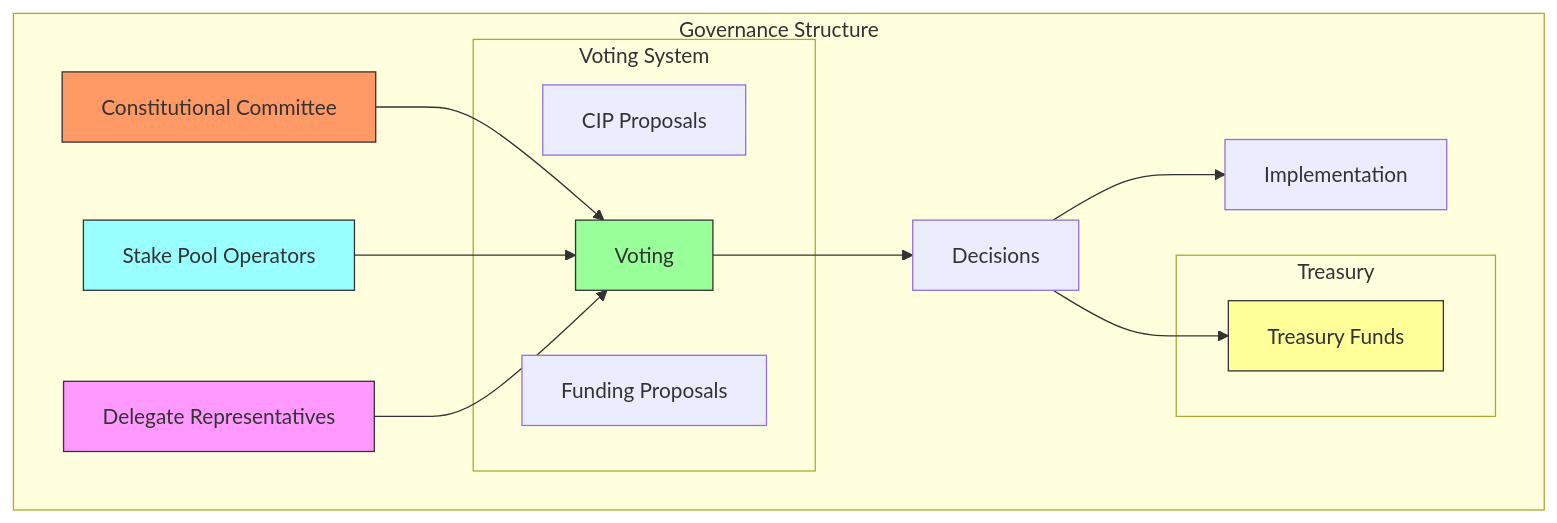
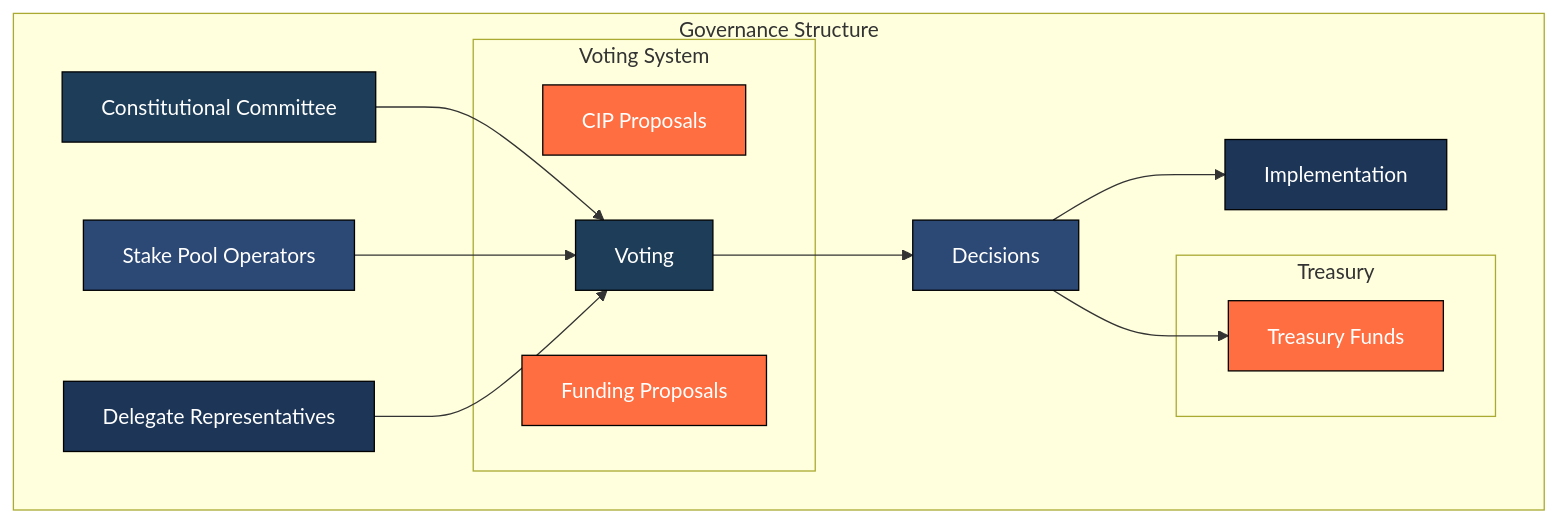
The first of 3 diagrams in cardano-advocacy.md (Soushi888/caramoussin-blog), drawn with Mermaid before and after one commit. The commit also changed other lines of this file, not shown here.

First line of the commit message:
docs: Improve Mermaid diagram readability with high-contrast color scheme

````diff
--- a/cardano-advocacy.md
+++ b/cardano-advocacy.md
@@ -71,32 +71,36 @@
 ```mermaid
 graph TB
     subgraph "Governance Structure"
         CC[Constitutional Committee]
         SPO[Stake Pool Operators]
         DR[Delegate Representatives]
         
         subgraph "Treasury"
             T[Treasury Funds]
         end
         
         subgraph "Voting System"
             CIP[CIP Proposals]
             FP[Funding Proposals]
             V[Voting]
         end
         
         CC --> V
         SPO --> V
         DR --> V
         
         V --> D[Decisions]
         D --> I[Implementation]
         D --> T
         
-        style CC fill:#f96,stroke:#333
-        style SPO fill:#9ff,stroke:#333
-        style DR fill:#f9f,stroke:#333
-        style T fill:#ff9,stroke:#333
-        style V fill:#9f9,stroke:#333
+        style CC fill:#1e3d59,stroke:#000,color:#fff
+        style SPO fill:#2c4875,stroke:#000,color:#fff
+        style DR fill:#1d3557,stroke:#000,color:#fff
+        style T fill:#ff6e40,stroke:#000,color:#fff
+        style V fill:#1e3d59,stroke:#000,color:#fff
+        style D fill:#2c4875,stroke:#000,color:#fff
+        style I fill:#1d3557,stroke:#000,color:#fff
+        style CIP fill:#ff6e40,stroke:#000,color:#fff
+        style FP fill:#ff6e40,stroke:#000,color:#fff
     end
 ```
````
